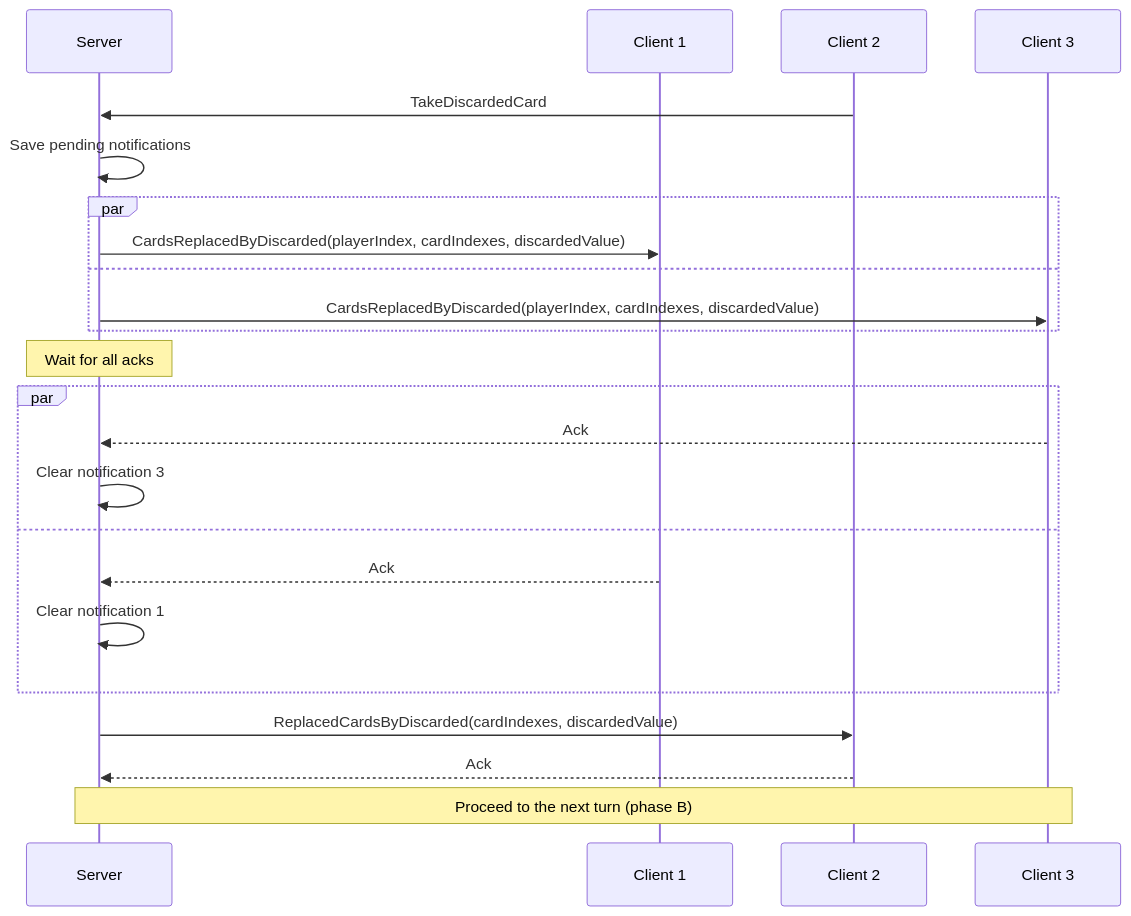
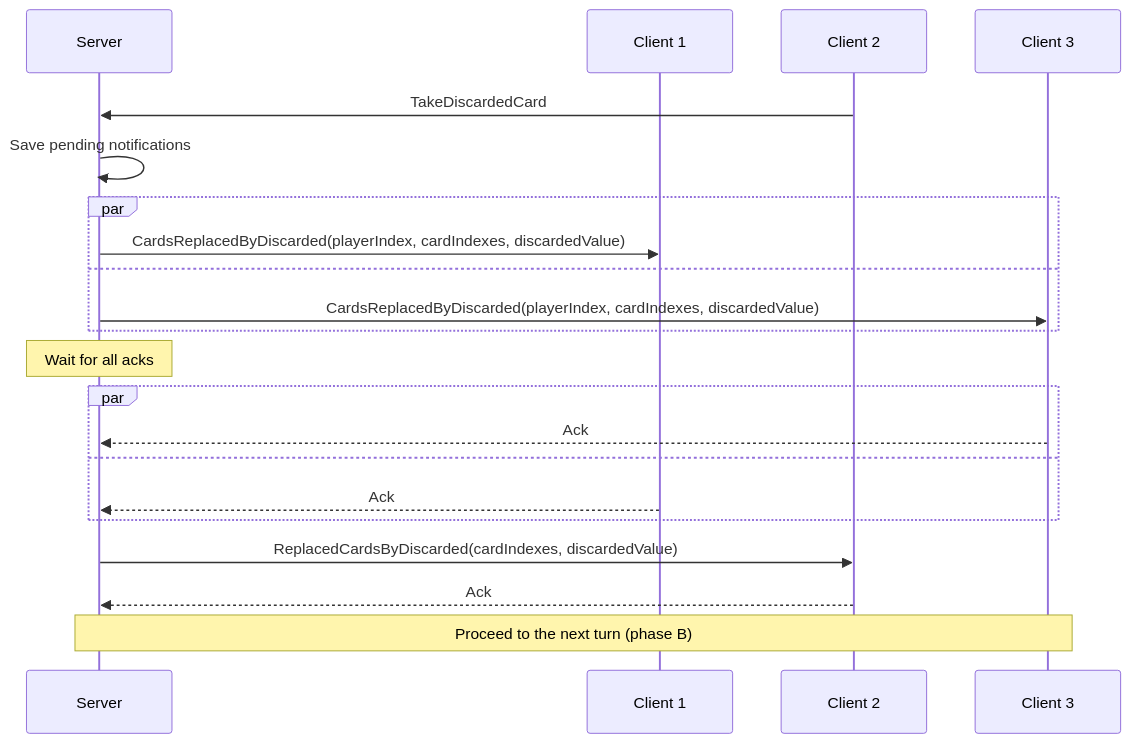
One commit to roman-zubarevich/another changed diagram 15 of 15 in README.md. Above: the diagram before and after it, drawn with Mermaid. The commit also changed other lines of this file, not shown here.

Commit message:
adjust readme

````diff
--- a/README.md
+++ b/README.md
@@ -454,25 +452,23 @@
 ```mermaid
 sequenceDiagram
     participant S as Server
     participant C1 as Client 1
     participant C2 as Client 2
     participant C3 as Client 3
     C2->>S: TakeDiscardedCard
     S->>S: Save pending notifications
     par
         S->>C1: CardsReplacedByDiscarded(playerIndex, cardIndexes, discardedValue)
     and
         S->>C3: CardsReplacedByDiscarded(playerIndex, cardIndexes, discardedValue)
     end
     Note over S: Wait for all acks
     par
         C3-->>S: Ack
-        S->>S: Clear notification 3
     and
         C1-->>S: Ack
-        S->>S: Clear notification 1
     end
     S->>C2: ReplacedCardsByDiscarded(cardIndexes, discardedValue)
     C2-->>S: Ack
     Note over S,C3: Proceed to the next turn (phase B)
 ```
````
